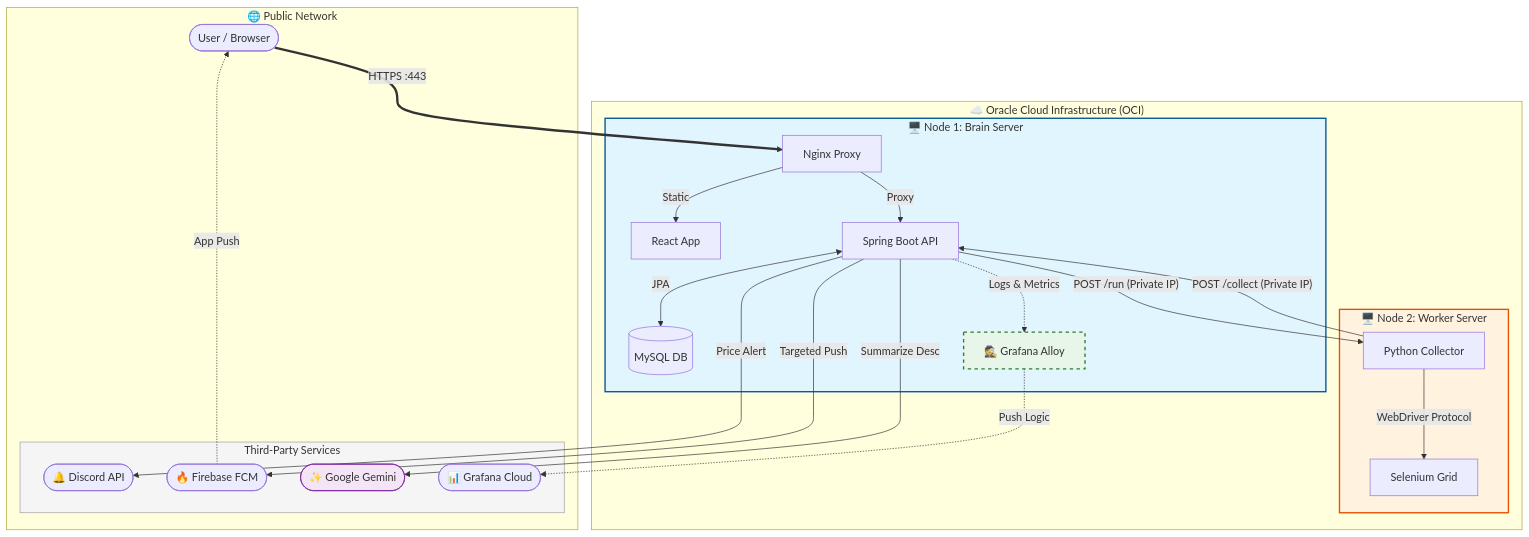
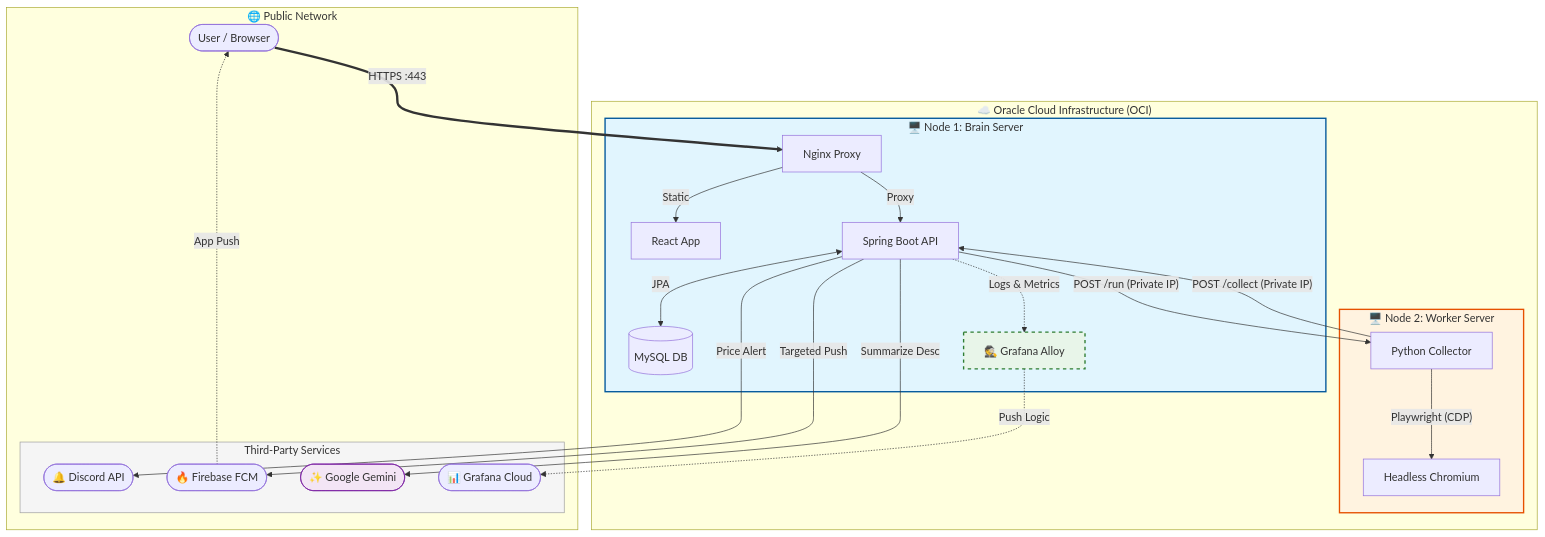
One commit to ygpark11/backend-lab changed the diagram in msa/apps/README.md. Above: the diagram before and after it, drawn with Mermaid. The commit also changed other lines of this file and 2 other files, not shown here.

First line of the commit message:
docs: 문서 최신화 (Selenium → Playwright 마이그레이션 반영)

````diff
--- a/msa/apps/README.md
+++ b/msa/apps/README.md
@@ -44,63 +45,63 @@
 ```mermaid
 graph TD
     %% --- [External Network] ---
     subgraph Public_Network ["🌐 Public Network"]
         User([User / Browser])
         
         subgraph External_Services ["Third-Party Services"]
             Discord([🔔 Discord API])
             FCM([🔥 Firebase FCM])
             Gemini([✨ Google Gemini])
             Grafana([📊 Grafana Cloud])
         end
     end
 
     %% --- [Oracle Cloud Infrastructure] ---
     subgraph Oracle_Cloud ["☁️ Oracle Cloud Infrastructure (OCI)"]
         
         %% Node 1: Brain (Main Server)
         subgraph Node_1 ["🖥️ Node 1: Brain Server"]
             Nginx[Nginx Proxy]
             Front[React App]
             SB[Spring Boot API]
             MySQL[(MySQL DB)]
             Alloy[🕵️ Grafana Alloy]
         end
 
         %% Node 2: Hand (Worker Server)
         subgraph Node_2 ["🖥️ Node 2: Worker Server"]
             Py[Python Collector]
-            Chrome[Selenium Grid]
+            Browser[Headless Chromium]
         end
 
         %% --- [Connections: Inbound] ---
         User ==>|HTTPS :443| Nginx
         Nginx -->|Static| Front
         Nginx -->|Proxy| SB
         
         %% --- [Connections: Internal Logic] ---
         SB <-->|JPA| MySQL
         
         %% Private Network Communication (Brain <-> Hand)
         SB --"POST /run (Private IP)"--> Py
-        Py --"WebDriver Protocol"--> Chrome
+        Py --"Playwright (CDP)"--> Browser
         Py --"POST /collect (Private IP)"--> SB
 
         %% --- [Connections: Outbound / Observability] ---
         SB -.->|Logs & Metrics| Alloy
         Alloy -.->|Push Logic| Grafana
         
         %% --- [Connections: External APIs] ---
         SB --"Price Alert"--> Discord
         SB --"Targeted Push"--> FCM
         SB --"Summarize Desc"--> Gemini
         FCM -.->|App Push| User
     end
 
     %% --- [Styling] ---
     style Node_1 fill:#e1f5fe,stroke:#01579b,stroke-width:2px
     style Node_2 fill:#fff3e0,stroke:#e65100,stroke-width:2px
     style Alloy fill:#e8f5e9,stroke:#2e7d32,stroke-width:2px,stroke-dasharray: 5 5
     style External_Services fill:#f5f5f5,stroke:#9e9e9e,stroke-width:1px
     style Gemini fill:#f3e5f5,stroke:#7b1fa2,stroke-width:1px
 ```
````
